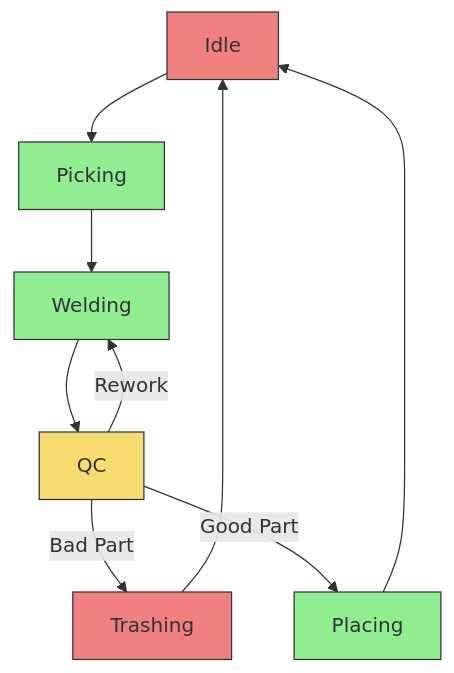
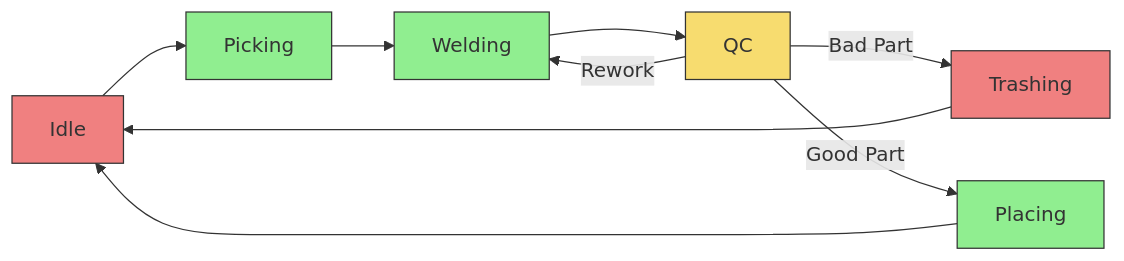
One commit to claret-srl/ROMANTIG changed the diagram in DEV/mermaid/readme.md. Above: the diagram before and after it, drawn with Mermaid.

````diff
--- a/DEV/mermaid/readme.md
+++ b/DEV/mermaid/readme.md
@@ -1,15 +1,15 @@
 ```mermaid
-flowchart
+flowchart LR
     Idle --> Picking --> Welding --> QC
     QC -- Rework --> Welding
     QC -- Bad Part --> Trashing --> Idle
     QC -- Good Part --> Placing --> Idle
 
 classDef upTime fill:lightgreen,stroke:#333,color:#333
 classDef downTime fill:LightCoral,stroke:#333,color:#333
 classDef upDownTime fill:#f7dc6f,stroke:#333,color:#333
 
 class Picking,Welding,Placing upTime
 class Idle,Trashing,Rework downTime
 class QC upDownTime
 ```
````
